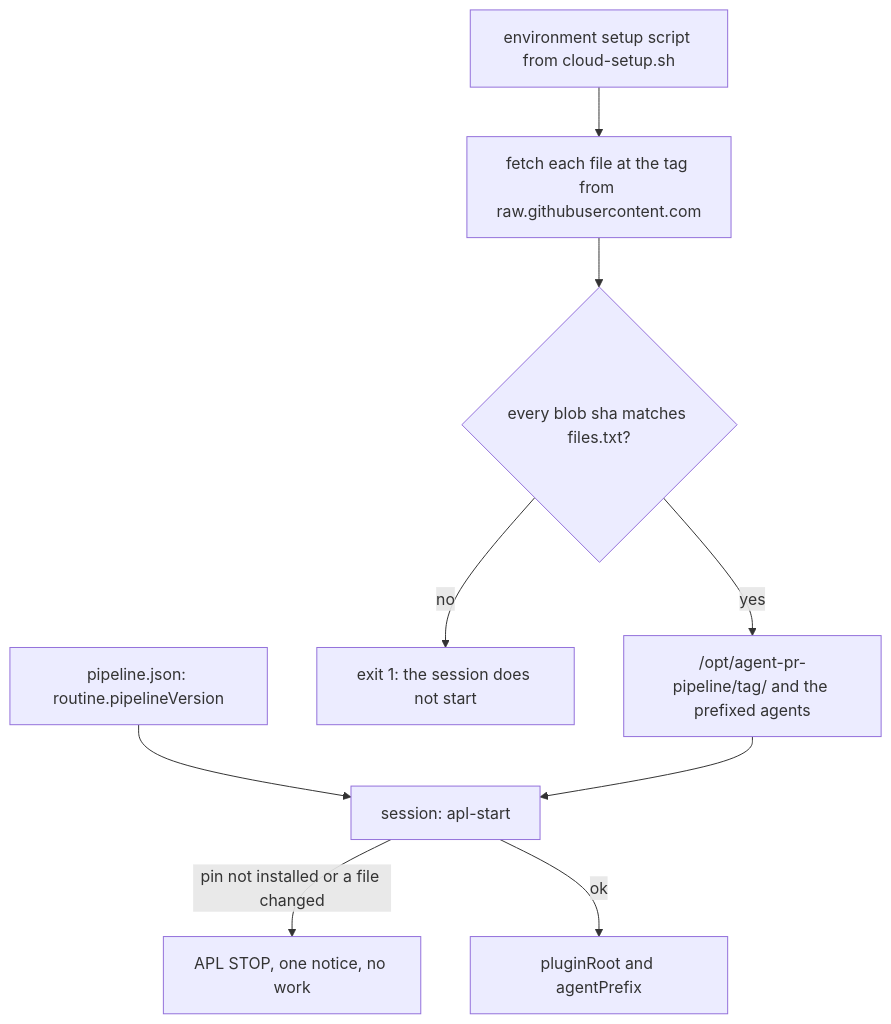
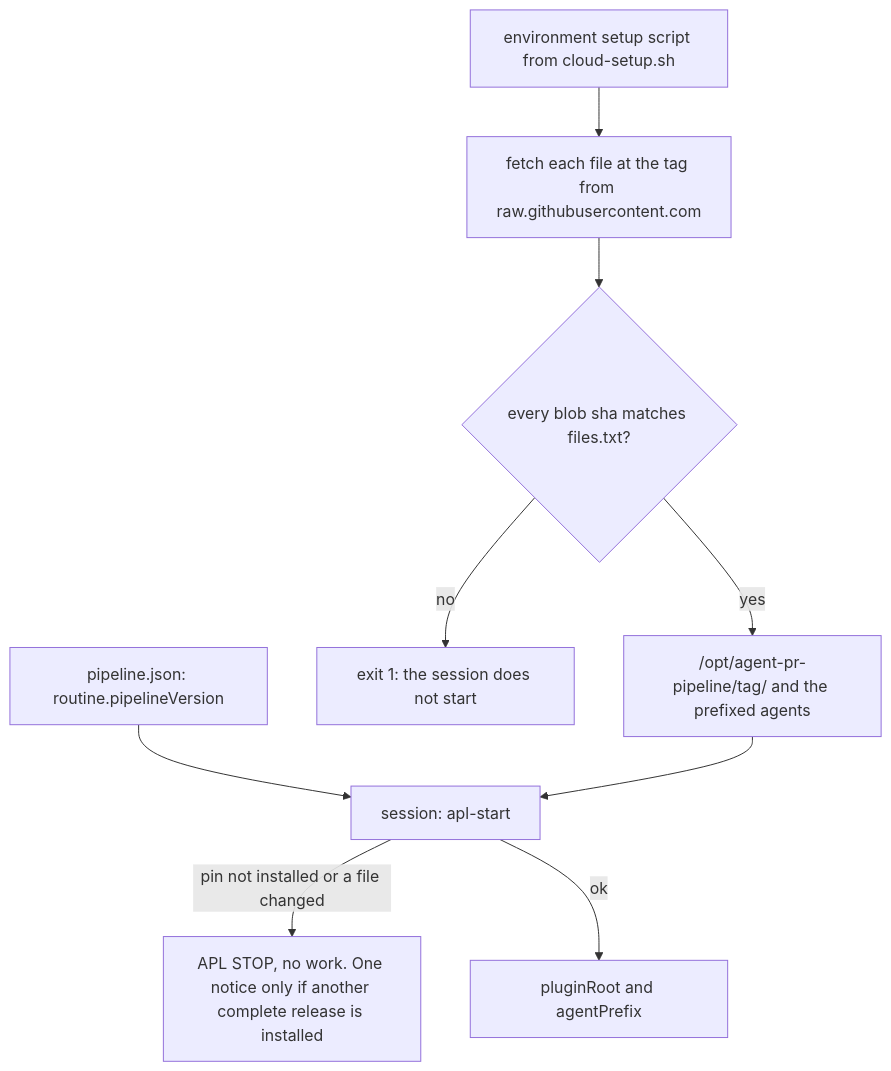
Before and after one commit to alfhen/agent-pr-pipeline: the second of 3 diagrams in docs/cloud-routines.md, drawn with Mermaid. The commit also changed other lines of this file and 3 other files, not shown here.

First line of the commit message:
Do not run scripts from a release that failed its file check (#474)

````diff
--- a/docs/cloud-routines.md
+++ b/docs/cloud-routines.md
@@ -128,11 +128,11 @@
 ```mermaid
 flowchart TD
   P[pipeline.json: routine.pipelineVersion] --> S
   E[environment setup script from cloud-setup.sh] --> F[fetch each file at the tag from raw.githubusercontent.com]
   F --> V{every blob sha matches files.txt?}
   V -- no --> X[exit 1: the session does not start]
   V -- yes --> I["/opt/agent-pr-pipeline/tag/ and the prefixed agents"]
   I --> S[session: apl-start]
-  S -- pin not installed or a file changed --> Y[APL STOP, one notice, no work]
+  S -- pin not installed or a file changed --> Y[APL STOP, no work. One notice only if another complete release is installed]
   S -- ok --> W[pluginRoot and agentPrefix]
 ```
````
